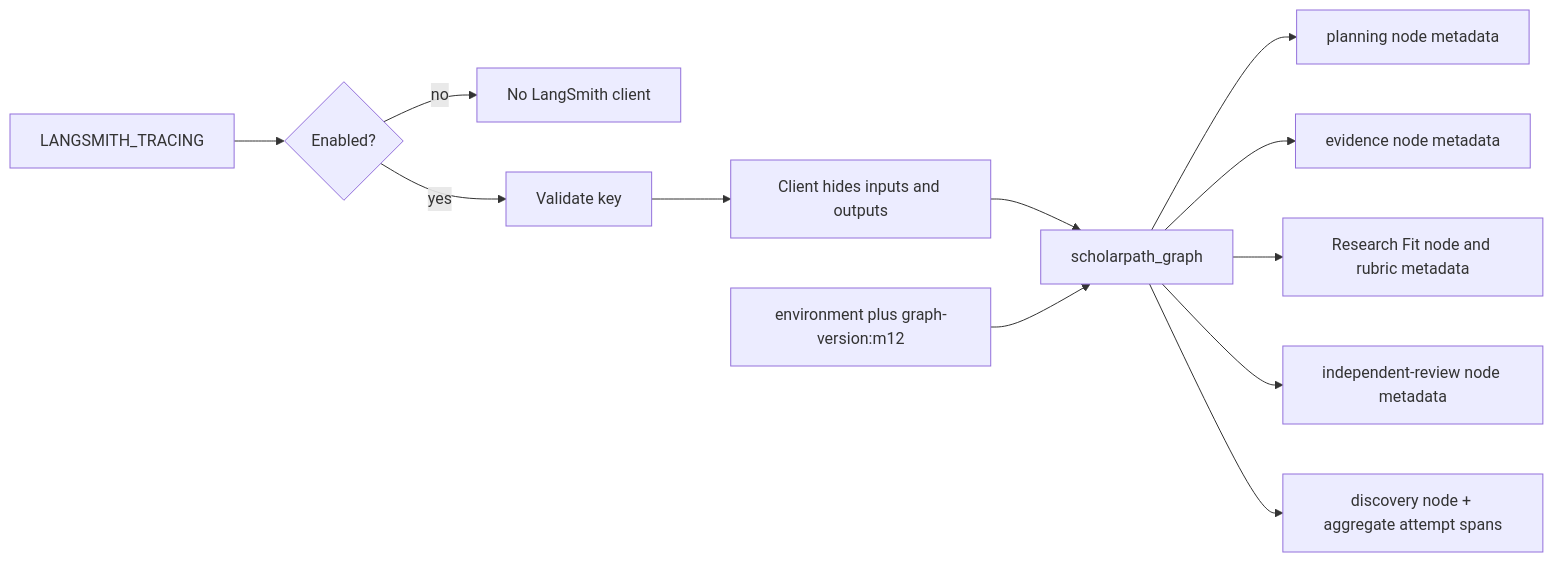
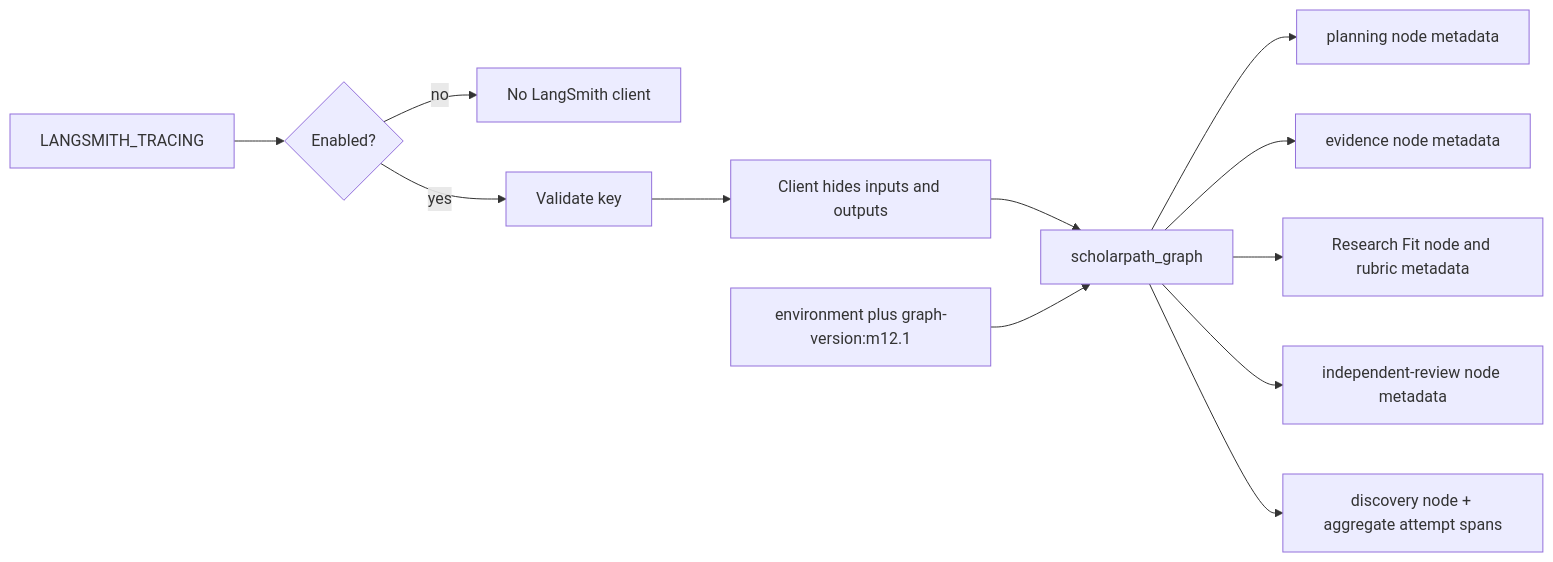
One commit to shanly-rajan/ai-builder changed diagram 21 of 24 in projects/scholar-path/docs/architecture.md. Above: the diagram before and after it, drawn with Mermaid. The commit also changed other lines of this file and 19 other files, not shown here.

````diff
--- a/projects/scholar-path/docs/architecture.md
+++ b/projects/scholar-path/docs/architecture.md
@@ -829,14 +829,14 @@
 ```mermaid
 flowchart LR
     Env[LANGSMITH_TRACING] --> Enabled{Enabled?}
     Enabled -->|no| Off[No LangSmith client]
     Enabled -->|yes| Key[Validate key]
     Key --> Client[Client hides inputs and outputs]
     Client --> Root[scholarpath_graph]
     Root --> PlanTrace[planning node metadata]
     Root --> EvidenceTrace[evidence node metadata]
     Root --> FitTrace[Research Fit node and rubric metadata]
     Root --> ReviewTrace[independent-review node metadata]
     Root --> Discovery[discovery node + aggregate attempt spans]
-    Tags[environment plus graph-version:m12] --> Root
+    Tags[environment plus graph-version:m12.1] --> Root
 ```
````
